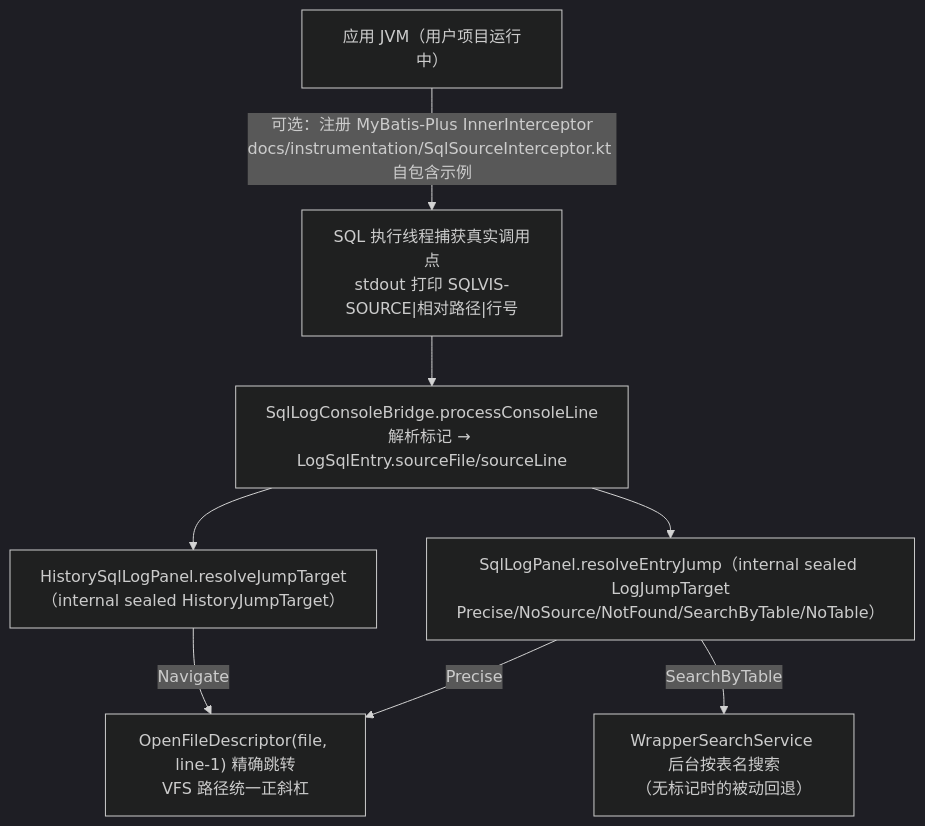
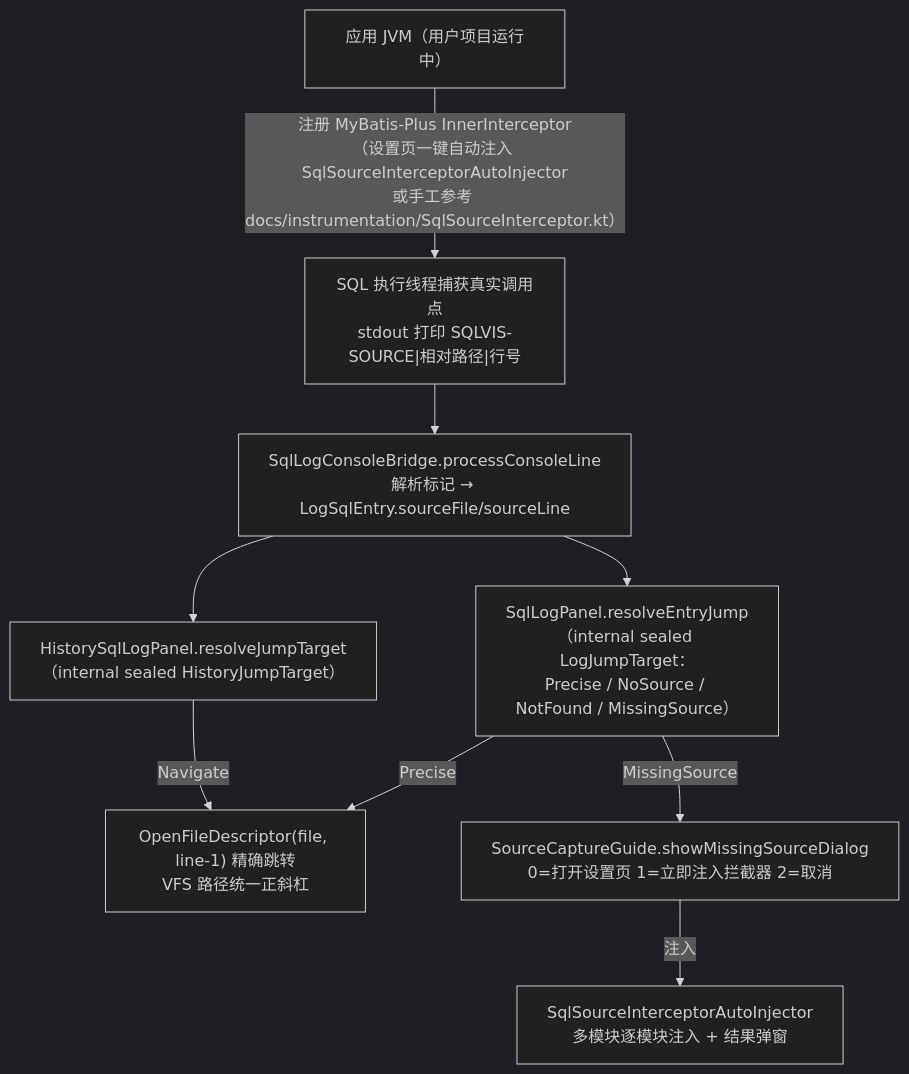
One commit to JayF211/mybatis-plus-sql-visualizer changed diagram 11 of 15 in docs/架构设计/02-核心流程详解.md. Above: the diagram before and after it, drawn with Mermaid (dark theme). The commit also changed other lines of this file and 2 other files, not shown here.

````diff
--- a/docs/架构设计/02-核心流程详解.md
+++ b/docs/架构设计/02-核心流程详解.md
@@ -421,10 +454,11 @@
 ```mermaid
 flowchart TD
-    APP["应用 JVM（用户项目运行中）"] -->|"可选：注册 MyBatis-Plus InnerInterceptor<br/>docs/instrumentation/SqlSourceInterceptor.kt 自包含示例"| MARK["SQL 执行线程捕获真实调用点<br/>stdout 打印 SQLVIS-SOURCE|相对路径|行号"]
+    APP["应用 JVM（用户项目运行中）"] -->|"注册 MyBatis-Plus InnerInterceptor<br/>（设置页一键自动注入 SqlSourceInterceptorAutoInjector<br/>或手工参考 docs/instrumentation/SqlSourceInterceptor.kt）"| MARK["SQL 执行线程捕获真实调用点<br/>stdout 打印 SQLVIS-SOURCE|相对路径|行号"]
     MARK --> BRIDGE["SqlLogConsoleBridge.processConsoleLine<br/>解析标记 → LogSqlEntry.sourceFile/sourceLine"]
-    BRIDGE --> P1["SqlLogPanel.resolveEntryJump（internal sealed LogJumpTarget<br/>Precise/NoSource/NotFound/SearchByTable/NoTable）"]
+    BRIDGE --> P1["SqlLogPanel.resolveEntryJump（internal sealed LogJumpTarget：<br/>Precise / NoSource / NotFound / MissingSource）"]
     BRIDGE --> H1["HistorySqlLogPanel.resolveJumpTarget（internal sealed HistoryJumpTarget）"]
     P1 -->|"Precise"| J["OpenFileDescriptor(file, line-1) 精确跳转<br/>VFS 路径统一正斜杠"]
     H1 -->|"Navigate"| J
-    P1 -->|"SearchByTable"| WS["WrapperSearchService 后台按表名搜索<br/>（无标记时的被动回退）"]
+    P1 -->|"MissingSource"| G["SourceCaptureGuide.showMissingSourceDialog<br/>0=打开设置页 1=立即注入拦截器 2=取消"]
+    G -->|"注入"| INJ["SqlSourceInterceptorAutoInjector<br/>多模块逐模块注入 + 结果弹窗"]
 ```
````
